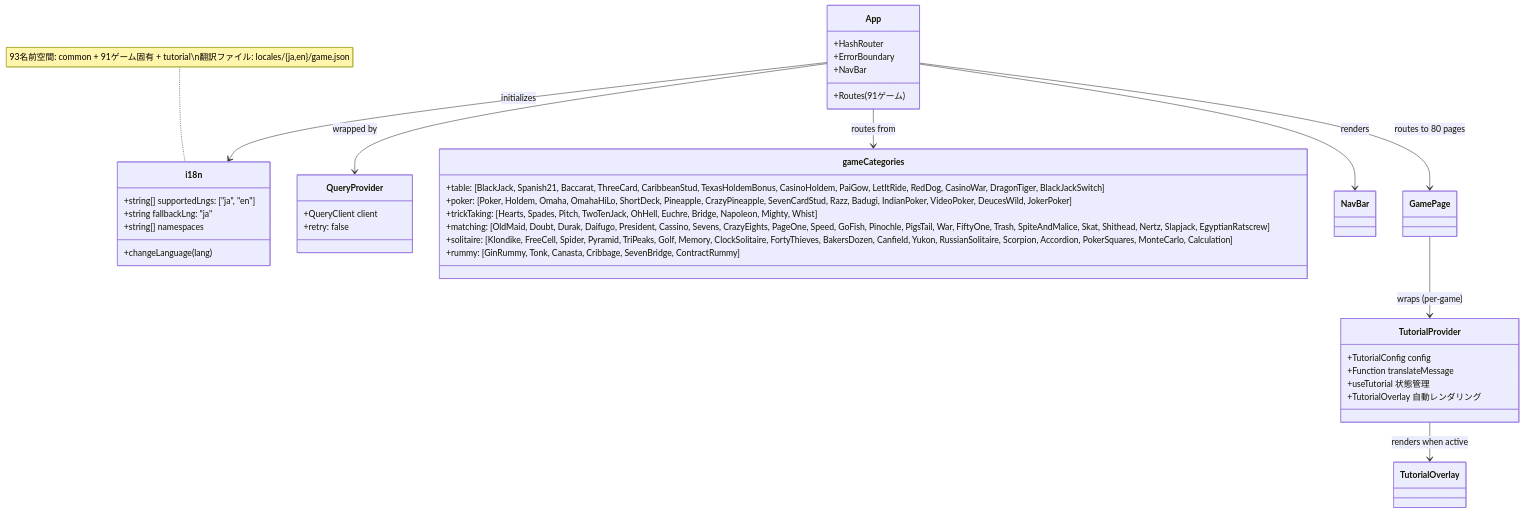
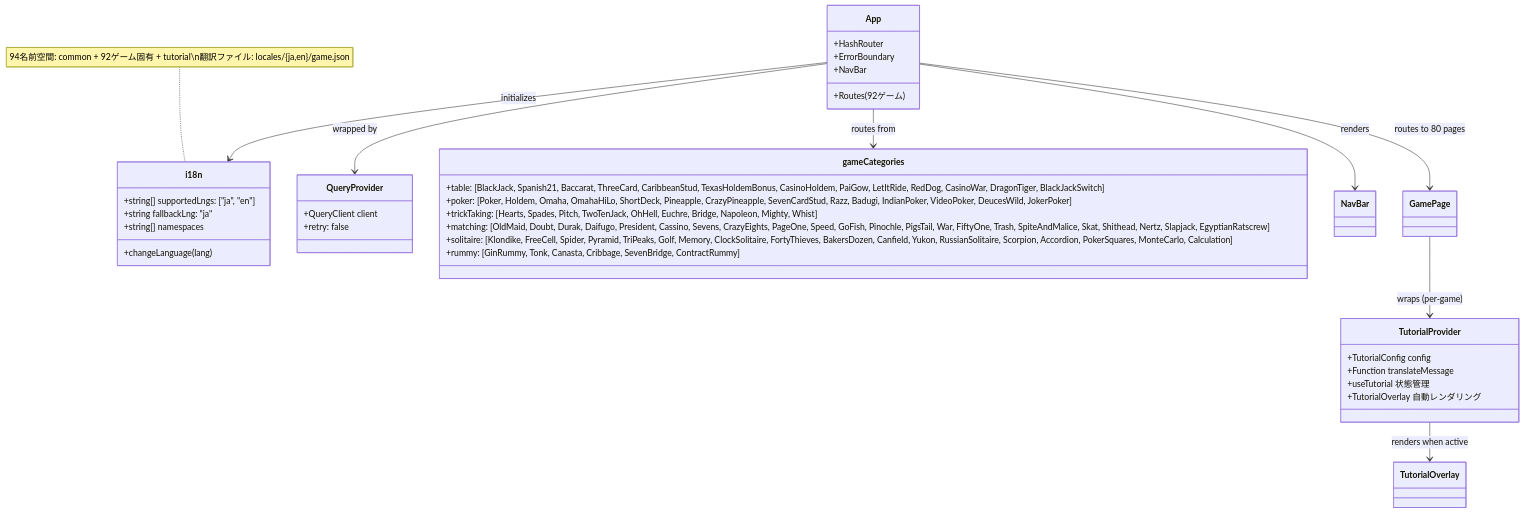
One commit to yuta-yoshinaga/go_trumpcards changed the ninth of 42 diagrams in docs/design/frontend.md. Above: the diagram before and after it, drawn with Mermaid. The commit also changed other lines of this file and 60 other files, not shown here.

````diff
--- a/docs/design/frontend.md
+++ b/docs/design/frontend.md
@@ -1912,47 +1912,47 @@
 ```mermaid
 classDiagram
     class i18n {
         +string[] supportedLngs: ["ja", "en"]
         +string fallbackLng: "ja"
         +string[] namespaces
         +changeLanguage(lang)
     }
 
     class QueryProvider {
         +QueryClient client
         +retry: false
     }
 
     class App {
         +HashRouter
         +ErrorBoundary
         +NavBar
-        +Routes (91ゲーム)
+        +Routes (92ゲーム)
     }
 
     class gameCategories {
         +table: [BlackJack, Spanish21, Baccarat, ThreeCard, CaribbeanStud, TexasHoldemBonus, CasinoHoldem, PaiGow, LetItRide, RedDog, CasinoWar, DragonTiger, BlackJackSwitch]
         +poker: [Poker, Holdem, Omaha, OmahaHiLo, ShortDeck, Pineapple, CrazyPineapple, SevenCardStud, Razz, Badugi, IndianPoker, VideoPoker, DeucesWild, JokerPoker]
         +trickTaking: [Hearts, Spades, Pitch, TwoTenJack, OhHell, Euchre, Bridge, Napoleon, Mighty, Whist]
         +matching: [OldMaid, Doubt, Durak, Daifugo, President, Cassino, Sevens, CrazyEights, PageOne, Speed, GoFish, Pinochle, PigsTail, War, FiftyOne, Trash, SpiteAndMalice, Skat, Shithead, Nertz, Slapjack, EgyptianRatscrew]
         +solitaire: [Klondike, FreeCell, Spider, Pyramid, TriPeaks, Golf, Memory, ClockSolitaire, FortyThieves, BakersDozen, Canfield, Yukon, RussianSolitaire, Scorpion, Accordion, PokerSquares, MonteCarlo, Calculation]
         +rummy: [GinRummy, Tonk, Canasta, Cribbage, SevenBridge, ContractRummy]
     }
 
     class TutorialProvider {
         +TutorialConfig config
         +Function translateMessage
         +useTutorial 状態管理
         +TutorialOverlay 自動レンダリング
     }
 
     App --> QueryProvider : wrapped by
     App --> i18n : initializes
     App --> gameCategories : routes from
     App --> NavBar : renders
     App --> GamePage : routes to 80 pages
     GamePage --> TutorialProvider : wraps (per-game)
     TutorialProvider --> TutorialOverlay : renders when active
 
-    note for i18n "93名前空間: common + 91ゲーム固有 + tutorial\n翻訳ファイル: locales/{ja,en}/game.json"
+    note for i18n "94名前空間: common + 92ゲーム固有 + tutorial\n翻訳ファイル: locales/{ja,en}/game.json"
 ```
````
